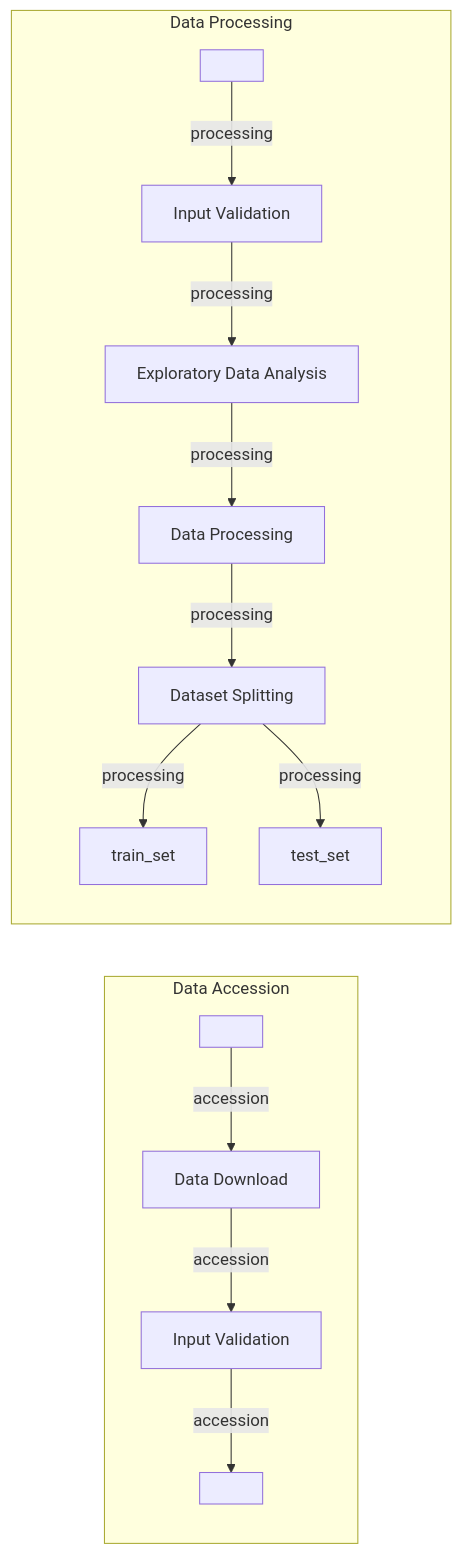
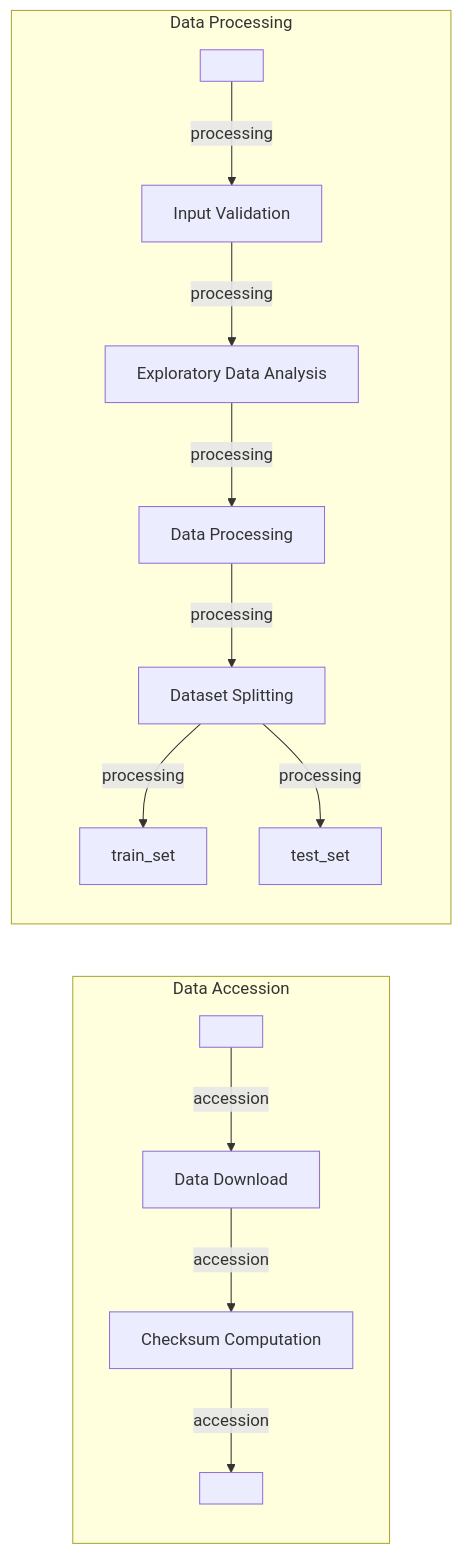
One commit to LauraFahrer/wearables changed the diagram in documentation/workflow.mmd. Above: the diagram before and after it, drawn with Mermaid. The commit also changed 1 other file, not shown here.

Commit message:
fixed data_accession workflow

```diff
--- a/documentation/workflow.mmd
+++ b/documentation/workflow.mmd
@@ -1,55 +1,55 @@
 %%metro title: Wearables
 %%metro style: nfcore
 
 %%metro line: accession | Data Accession | #df0b0b
 %%metro line: processing | Data Processing | #4403dc
 %%metro line: cv | Model Tuning | #ff8c00
 %%metro line: train_eval | Model Training and Evaluation | #00cafd
 
 %%metro files: online_raw | csv | Data Base
 %%metro file: raw | csv | Raw Data
 %%metro file: raw_2 | csv | Raw Data
 %%metro file: test_set | csv | Test Set
 %%metro file: train_set | csv | Train Set
 
 %%metro grid: accession | 0,0
 %%metro grid: processing | 0,1
 
 graph LR
 
     subgraph accession [Data Accession]
 
         %% 2. Data Accession Workflow
 
         online_raw[ ]
         raw[ ]
 
         data_download[Data Download]
-        input_validation[Input Validation]
+        checksum_computation[Checksum Computation]
 
         online_raw -->|accession| data_download
-        data_download -->|accession| input_validation
-        input_validation -->|accession| raw
+        data_download -->|accession| checksum_computation
+        checksum_computation -->|accession| raw
     
     end
 
 
     subgraph processing [Data Processing]
 
         %% 1. Data Processing Workflow
 
         raw_2[ ]
 
         input_validation_2[Input Validation]
         eda[Exploratory Data Analysis]
         data_processing[Data Processing]
         splitting[Dataset Splitting]
 
         raw_2 -->|processing| input_validation_2
         input_validation_2 -->|processing| eda
         eda -->|processing| data_processing
         data_processing -->|processing| splitting
         splitting -->|processing| train_set
         splitting -->|processing| test_set
 
     end
```
